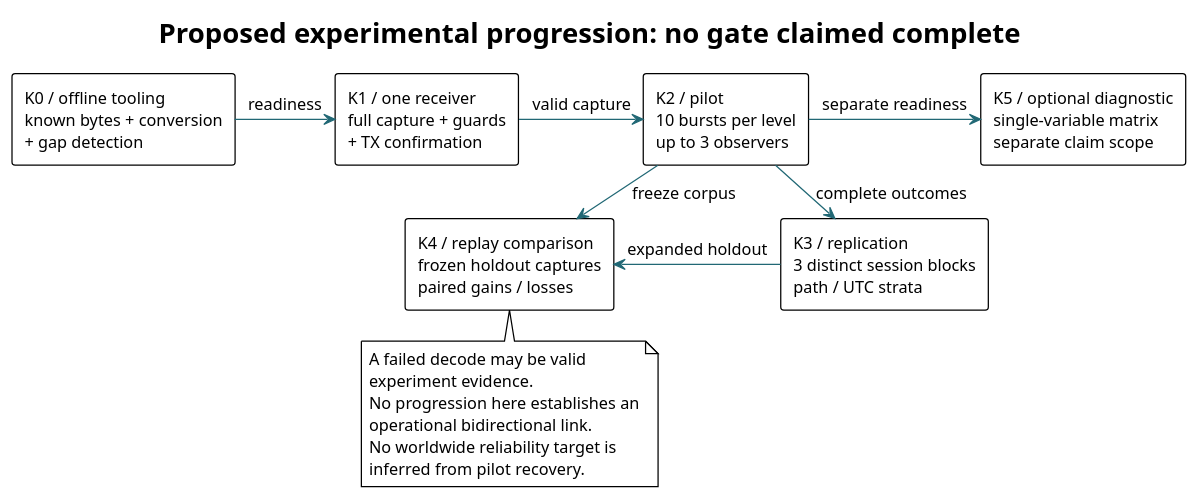
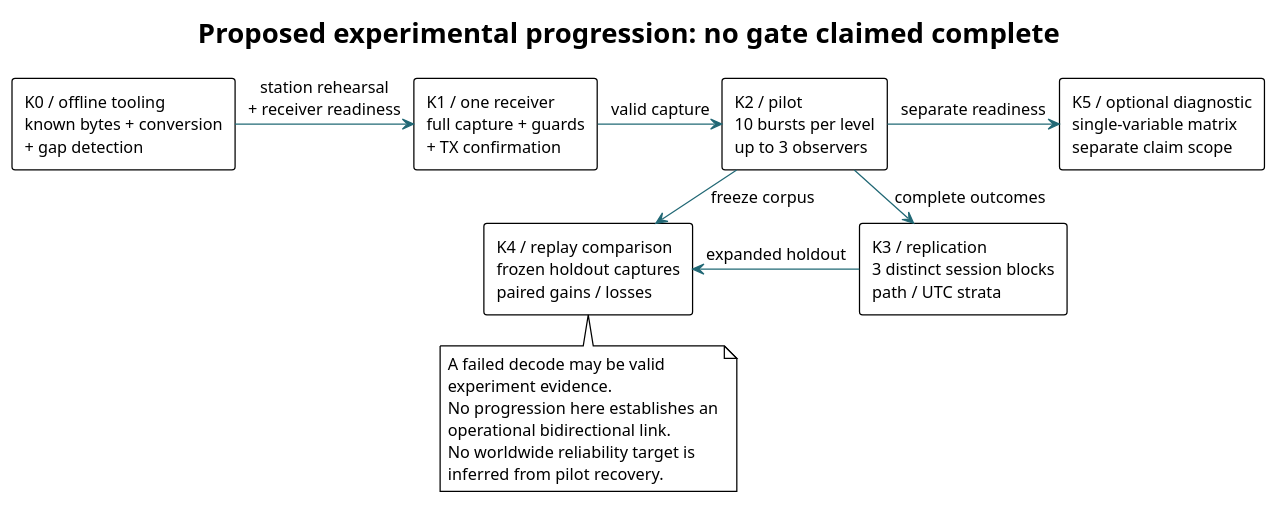
Before and after one commit to 8r4n/linkwise: the diagram in docs/testing/diagrams/qualification-gates.puml, drawn with PlantUML. The commit also changed 5 other files, not shown here.

```diff
--- a/docs/testing/diagrams/qualification-gates.puml
+++ b/docs/testing/diagrams/qualification-gates.puml
@@ -1,33 +1,33 @@
 @startuml Kiwi_Qualification_Gates
 !theme plain
 skinparam backgroundColor white
 skinparam shadowing false
 skinparam defaultFontName "Latin Modern Roman"
 skinparam defaultFontSize 13
 skinparam ArrowColor #216875
 skinparam packageStyle rectangle
 skinparam nodesep 20
 skinparam ranksep 24
 title Proposed experimental progression: no gate claimed complete
 top to bottom direction
 rectangle "K0 / offline tooling\nknown bytes + conversion\n+ gap detection" as K0
 rectangle "K1 / one receiver\nfull capture + guards\n+ TX confirmation" as K1
 rectangle "K2 / pilot\n10 bursts per level\nup to 3 observers" as K2
 rectangle "K3 / replication\n3 distinct session blocks\npath / UTC strata" as K3
 rectangle "K4 / replay comparison\nfrozen holdout captures\npaired gains / losses" as K4
 rectangle "K5 / optional diagnostic\nsingle-variable matrix\nseparate claim scope" as K5
-K0 -right-> K1 : readiness
+K0 -right-> K1 : station rehearsal\n+ receiver readiness
 K1 -right-> K2 : valid capture
 K2 -down-> K3 : complete outcomes
 K2 --> K4 : freeze corpus
 K3 -left-> K4 : expanded holdout
 K2 -right-> K5 : separate readiness
 note bottom of K4
 A failed decode may be valid
 experiment evidence.
 No progression here establishes an
 operational bidirectional link.
 No worldwide reliability target is
 inferred from pilot recovery.
 end note
 @enduml
```
